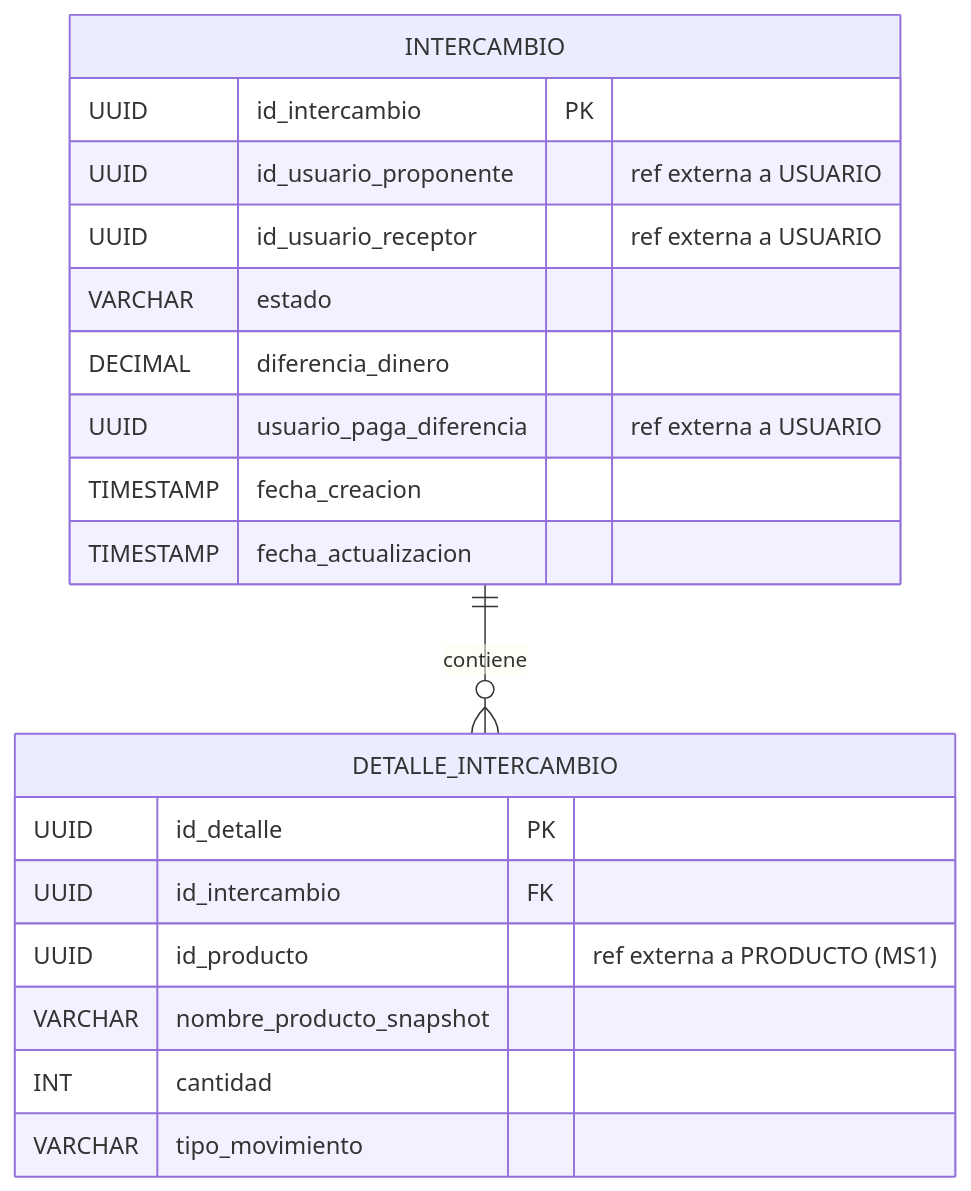
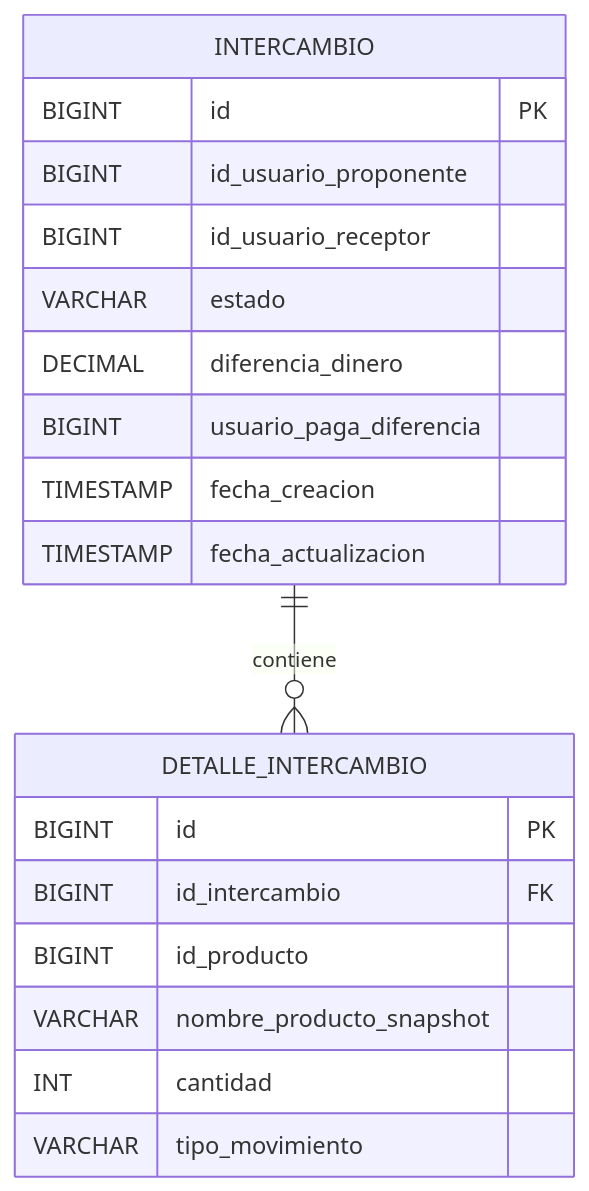
The fourth of 4 diagrams in README.md (LaVitrinaColeccionistas/app-lavitrinacoleccionistas-common), drawn with Mermaid before and after one commit. The commit also changed other lines of this file and 22 other files, not shown here.

````diff
--- a/README.md
+++ b/README.md
@@ -114,22 +154,24 @@
-```mermaid
+``` mermaid
 erDiagram
     INTERCAMBIO {
-        UUID id_intercambio PK
-        UUID id_usuario_proponente "ref externa a USUARIO"
-        UUID id_usuario_receptor "ref externa a USUARIO"
+        BIGINT id PK
+        BIGINT id_usuario_proponente
+        BIGINT id_usuario_receptor
         VARCHAR estado
         DECIMAL diferencia_dinero
-        UUID usuario_paga_diferencia "ref externa a USUARIO"
+        BIGINT usuario_paga_diferencia
         TIMESTAMP fecha_creacion
         TIMESTAMP fecha_actualizacion
     }
+
     DETALLE_INTERCAMBIO {
-        UUID id_detalle PK
-        UUID id_intercambio FK
-        UUID id_producto "ref externa a PRODUCTO (MS1)"
+        BIGINT id PK
+        BIGINT id_intercambio FK
+        BIGINT id_producto
         VARCHAR nombre_producto_snapshot
         INT cantidad
         VARCHAR tipo_movimiento
     }
+
     INTERCAMBIO ||--o{ DETALLE_INTERCAMBIO : contiene
 ```
````
